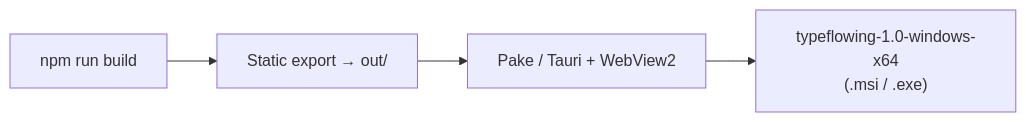
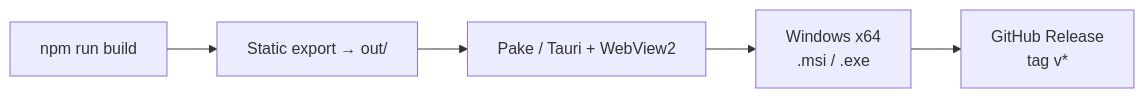
One commit to huyng-dev/type-flow changed the second of 2 diagrams in README.md. Above: the diagram before and after it, drawn with Mermaid. The commit also changed other lines of this file and 1 other file, not shown here.

First line of the commit message:
docs: add download section and publish installers as GitHub Release

````diff
--- a/README.md
+++ b/README.md
@@ -96,6 +117,7 @@
 ```mermaid
 flowchart LR
     S["npm run build"] --> O["Static export → out/"]
     O --> P["Pake / Tauri + WebView2"]
-    P --> W["typeflowing-1.0-windows-x64<br/>(.msi / .exe)"]
+    P --> W["Windows x64<br/>.msi / .exe"]
+    W --> R["GitHub Release<br/>tag v*"]
 ```
````
